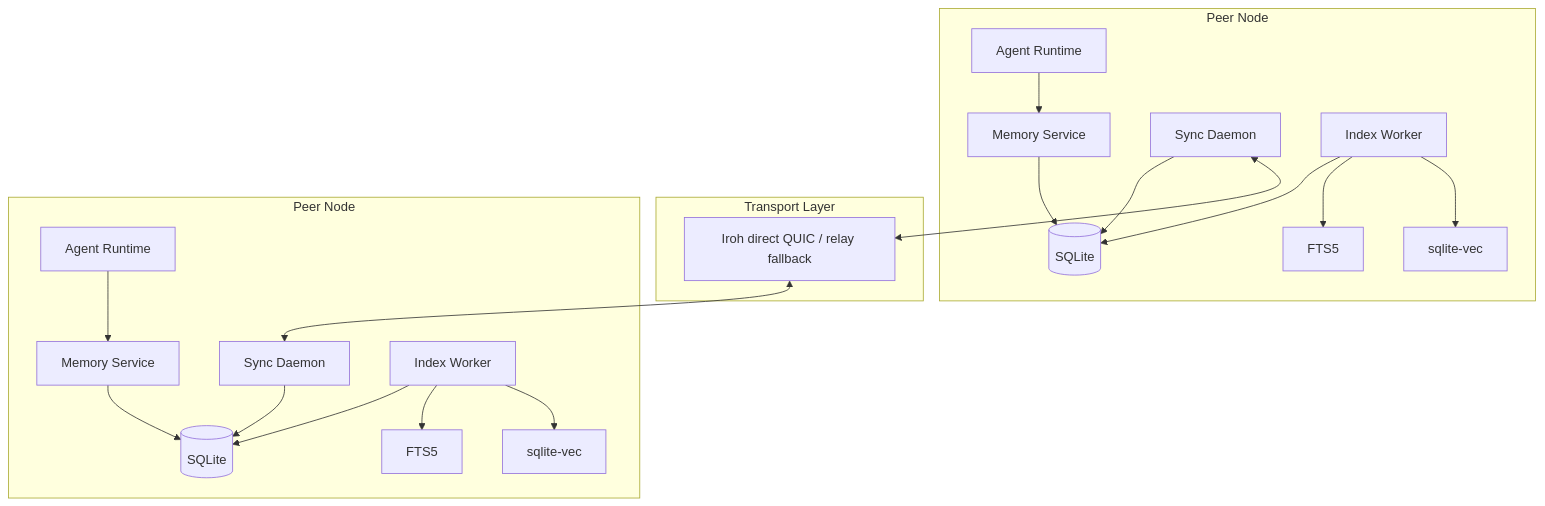
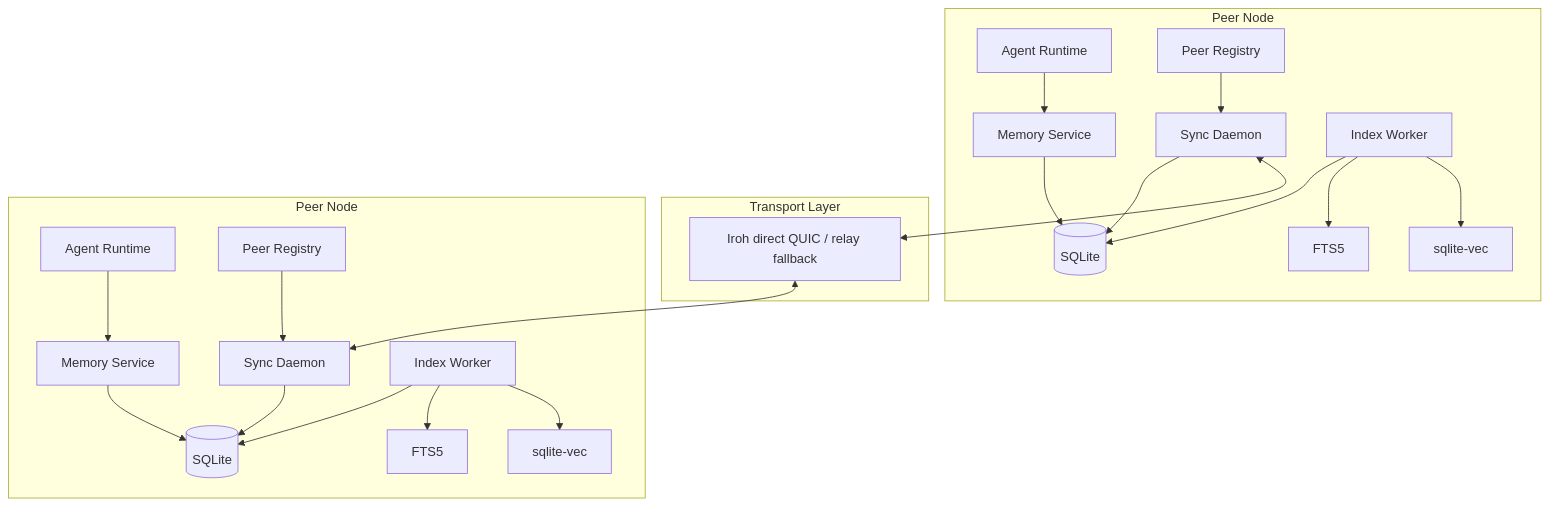
One commit to Taku315o/crdt-agent-memory changed the diagram in docs/architecture/technology-decisions.md. Above: the diagram before and after it, drawn with Mermaid. The commit also changed other lines of this file and 10 other files, not shown here.

````diff
--- a/docs/architecture/technology-decisions.md
+++ b/docs/architecture/technology-decisions.md
@@ -110,40 +144,44 @@
 ```mermaid
 flowchart TB
     subgraph NodeA[Peer Node]
         AgentA[Agent Runtime]
         MemA[Memory Service]
         DBA[(SQLite)]
         SyncA[Sync Daemon]
         IndexA[Index Worker]
         FTSA[FTS5]
         VecA[sqlite-vec]
+        RegA[Peer Registry]
     end
 
     subgraph Transport[Transport Layer]
         IROH[Iroh direct QUIC / relay fallback]
     end
 
     subgraph NodeB[Peer Node]
         AgentB[Agent Runtime]
         MemB[Memory Service]
         DBB[(SQLite)]
         SyncB[Sync Daemon]
         IndexB[Index Worker]
         FTSB[FTS5]
         VecB[sqlite-vec]
+        RegB[Peer Registry]
     end
 
     AgentA --> MemA --> DBA
     SyncA --> DBA
+    RegA --> SyncA
     IndexA --> DBA
     IndexA --> FTSA
     IndexA --> VecA
 
     AgentB --> MemB --> DBB
     SyncB --> DBB
+    RegB --> SyncB
     IndexB --> DBB
     IndexB --> FTSB
     IndexB --> VecB
 
     SyncA <--> IROH <--> SyncB
 ```
````
